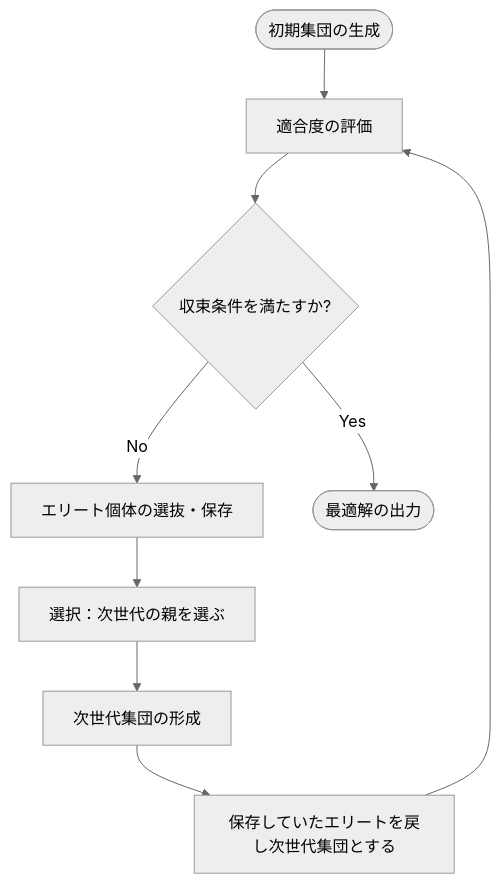
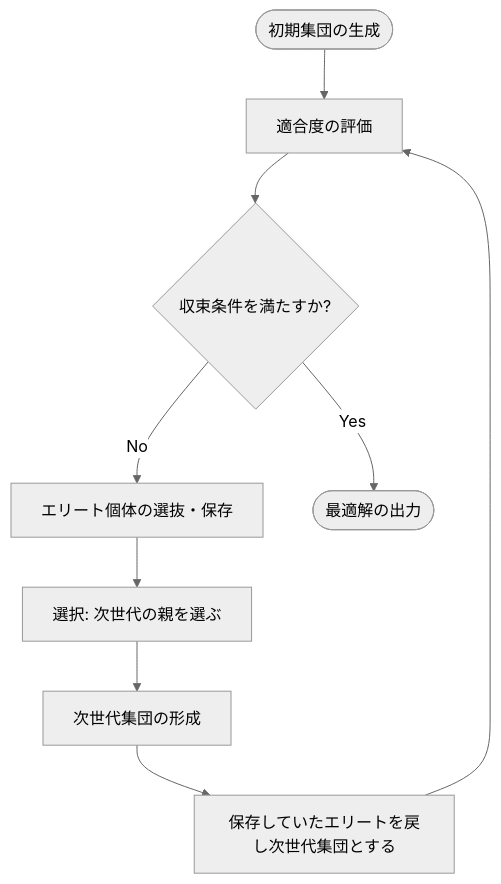
One commit to GooBitGitKome/my-portfolio changed the third of 4 diagrams in docs/Optimization/Genetic Algorithm in Python.md. Above: the diagram before and after it, drawn with Mermaid (neutral theme).

Commit message:
Modify mermaild codes

````diff
--- a/docs/Optimization/Genetic Algorithm in Python.md
+++ b/docs/Optimization/Genetic Algorithm in Python.md
@@ -143,11 +143,11 @@
 ```mermaid
 graph TD
     Start([初期集団の生成]) --> Eval[適合度の評価]
     Eval --> Stop{収束条件を満たすか?}
     Stop -- No --> Elite[エリート個体の選抜・保存]
     Stop -- Yes --> End([最適解の出力])
-    Elite --> Select[選択：次世代の親を選ぶ]
-    Select --> Replace[次世代集団の形成]
-    Replace --> Recover[保存していたエリートを戻し次世代集団とする]
+    Elite --> Select["選択: 次世代の親を選ぶ"]
+    Select --> Replace["次世代集団の形成"]
+    Replace --> Recover["保存していたエリートを戻し次世代集団とする"]
     Recover --> Eval
 ```
````
